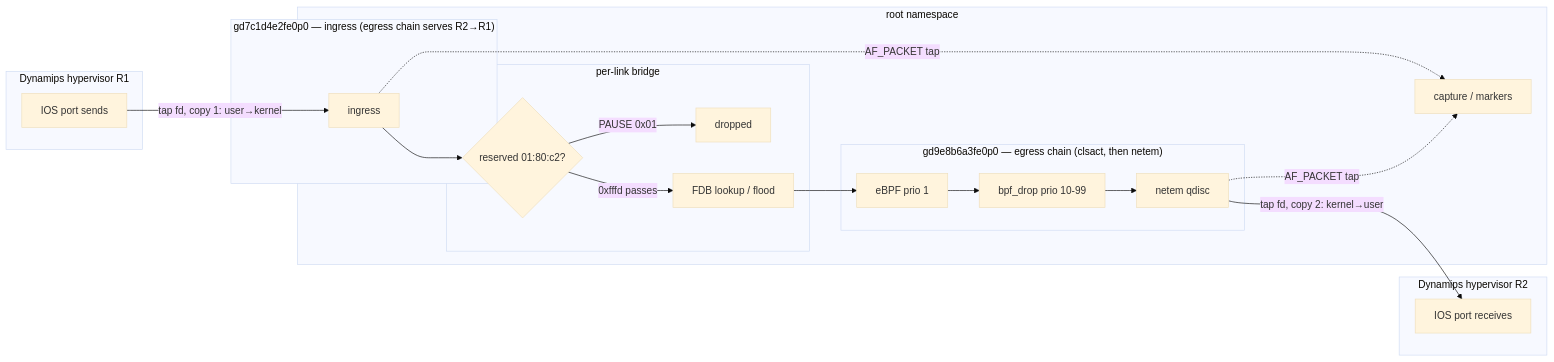
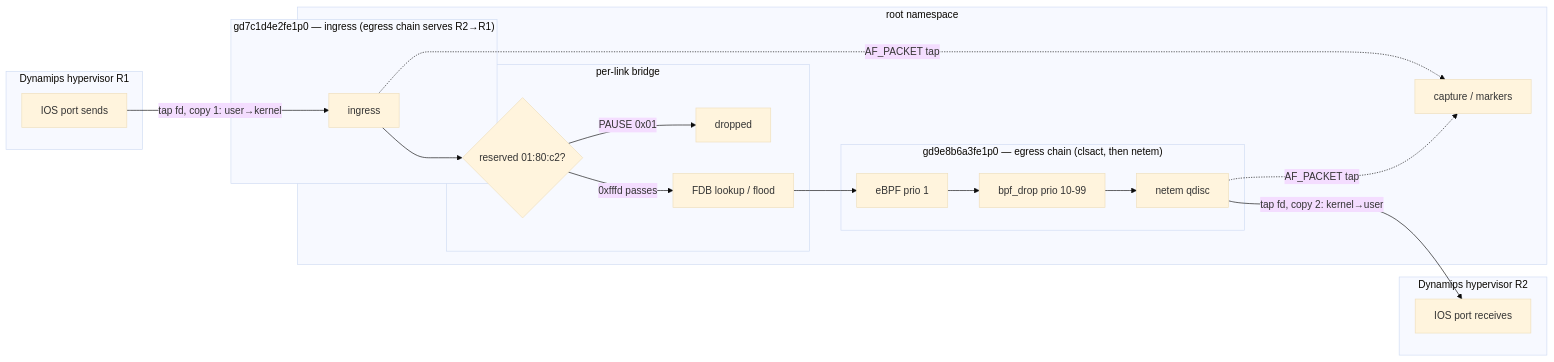
Before and after one commit to GNS3/gns3-server: the third of 4 diagrams in docs/features/dynamips-kernel-datapath.md, drawn with Mermaid (base theme). The commit also changed other lines of this file and 6 other files, not shown here.

````diff
--- a/docs/features/dynamips-kernel-datapath.md
+++ b/docs/features/dynamips-kernel-datapath.md
@@ -96,34 +96,34 @@
 ```mermaid
 flowchart LR
     subgraph H1["Dynamips hypervisor R1"]
         S1["IOS port sends"]
     end
     subgraph ROOT["root namespace"]
-        subgraph GA["gd7c1d4e2fe0p0 — ingress (egress chain serves R2→R1)"]
+        subgraph GA["gd7c1d4e2fe1p0 — ingress (egress chain serves R2→R1)"]
             S3["ingress"]
         end
         subgraph BRP["per-link bridge"]
             G1{"reserved 01:80:c2?"}
             D["dropped"]
             S4["FDB lookup / flood"]
         end
-        subgraph GB["gd9e8b6a3fe0p0 — egress chain (clsact, then netem)"]
+        subgraph GB["gd9e8b6a3fe1p0 — egress chain (clsact, then netem)"]
             S5["eBPF prio 1"]
             S6["bpf_drop prio 10-99"]
             S7["netem qdisc"]
         end
         T["capture / markers"]
     end
     subgraph H2["Dynamips hypervisor R2"]
         S9["IOS port receives"]
     end
     S1 -->|"tap fd, copy 1: user→kernel"| S3
     S3 --> G1
     G1 -->|"PAUSE 0x01"| D
     G1 -->|"0xfffd passes"| S4
     S4 --> S5
     S5 --> S6 --> S7
     S7 -->|"tap fd, copy 2: kernel→user"| S9
     S3 -. "AF_PACKET tap" .-> T
     S7 -. "AF_PACKET tap" .-> T
 ```
````
